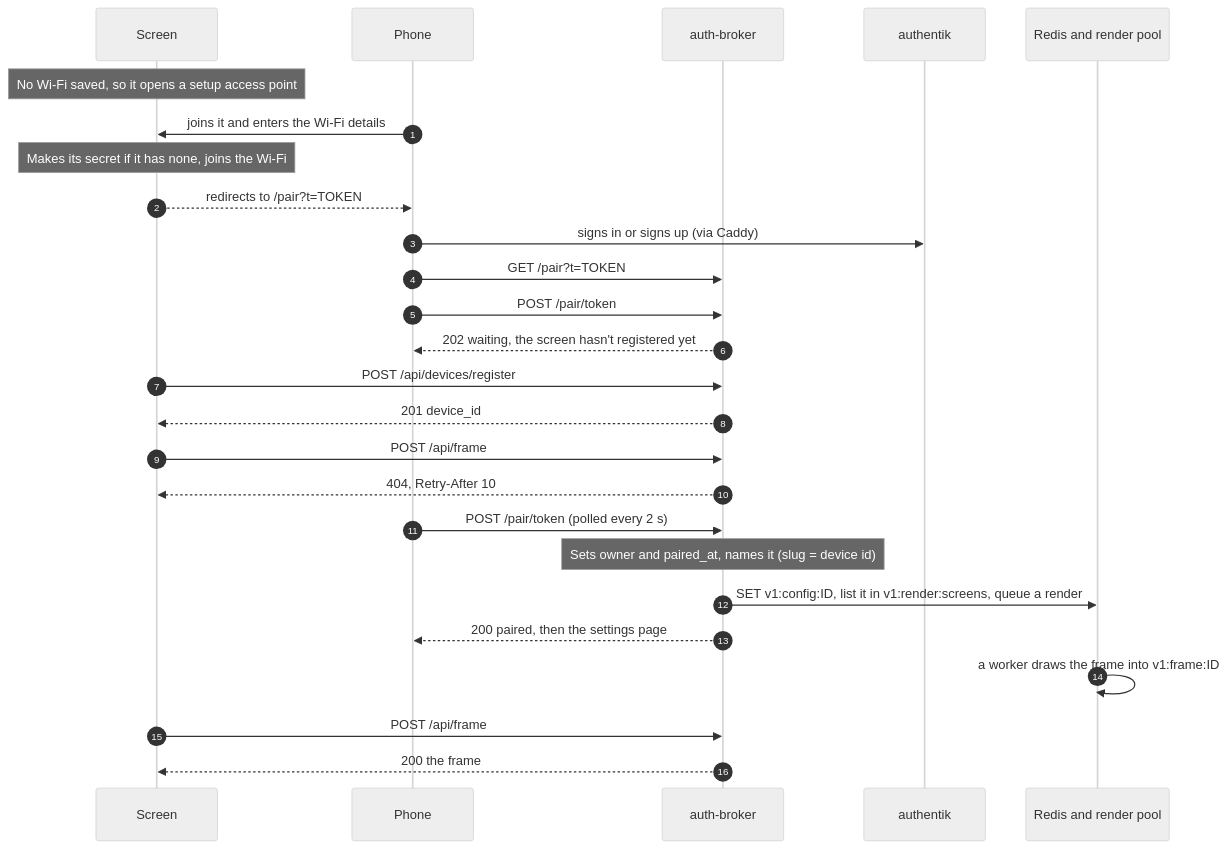
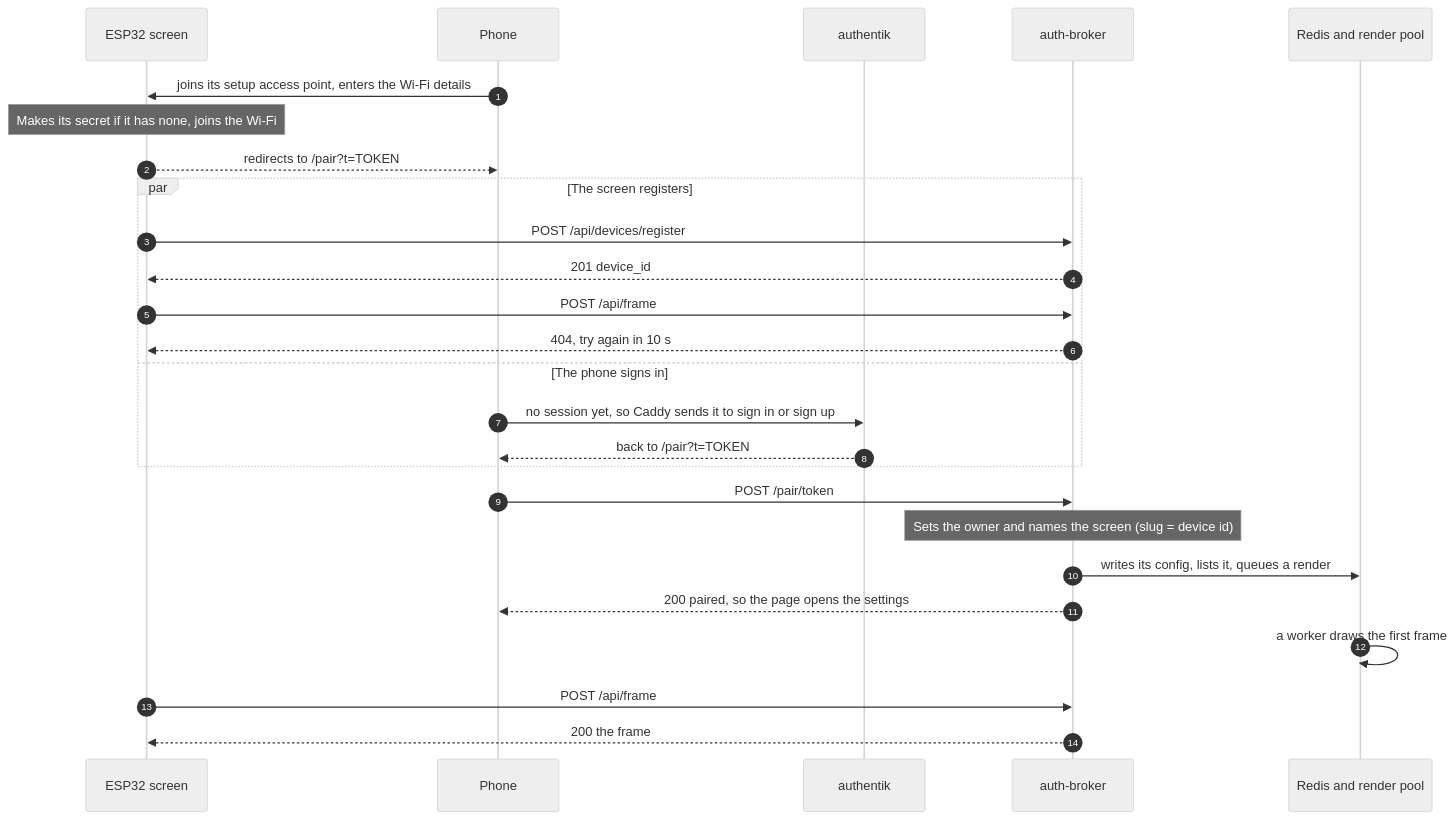
One commit to nvorkinn/auth-broker changed the second of 5 diagrams in docs/architecture.md. Above: the diagram before and after it, drawn with Mermaid (neutral theme). The commit also changed other lines of this file, not shown here.

First line of the commit message:
Show the frame's way back to the screen, and split the setup flows

````diff
--- a/docs/architecture.md
+++ b/docs/architecture.md
@@ -85,29 +103,29 @@
 ```mermaid
 sequenceDiagram
     autonumber
-    participant S as Screen
+    participant S as ESP32 screen
     participant P as Phone
+    participant A as authentik
     participant B as auth-broker
-    participant A as authentik
     participant R as Redis and render pool
 
-    Note over S: No Wi-Fi saved, so it opens a setup access point
-    P->>S: joins it and enters the Wi-Fi details
+    P->>S: joins its setup access point, enters the Wi-Fi details
     Note over S: Makes its secret if it has none, joins the Wi-Fi
     S-->>P: redirects to /pair?t=TOKEN
-    P->>A: signs in or signs up (via Caddy)
-    P->>B: GET /pair?t=TOKEN
+    par The screen registers
+        S->>B: POST /api/devices/register
+        B-->>S: 201 device_id
+        S->>B: POST /api/frame
+        B-->>S: 404, try again in 10 s
+    and The phone signs in
+        P->>A: no session yet, so Caddy sends it to sign in or sign up
+        A-->>P: back to /pair?t=TOKEN
+    end
     P->>B: POST /pair/token
-    B-->>P: 202 waiting, the screen hasn't registered yet
-    S->>B: POST /api/devices/register
-    B-->>S: 201 device_id
-    S->>B: POST /api/frame
-    B-->>S: 404, Retry-After 10
-    P->>B: POST /pair/token (polled every 2 s)
-    Note over B: Sets owner and paired_at, names it (slug = device id)
-    B->>R: SET v1:config:ID, list it in v1:render:screens, queue a render
-    B-->>P: 200 paired, then the settings page
-    R->>R: a worker draws the frame into v1:frame:ID
+    Note over B: Sets the owner and names the screen (slug = device id)
+    B->>R: writes its config, lists it, queues a render
+    B-->>P: 200 paired, so the page opens the settings
+    R->>R: a worker draws the first frame
     S->>B: POST /api/frame
     B-->>S: 200 the frame
 ```
````
